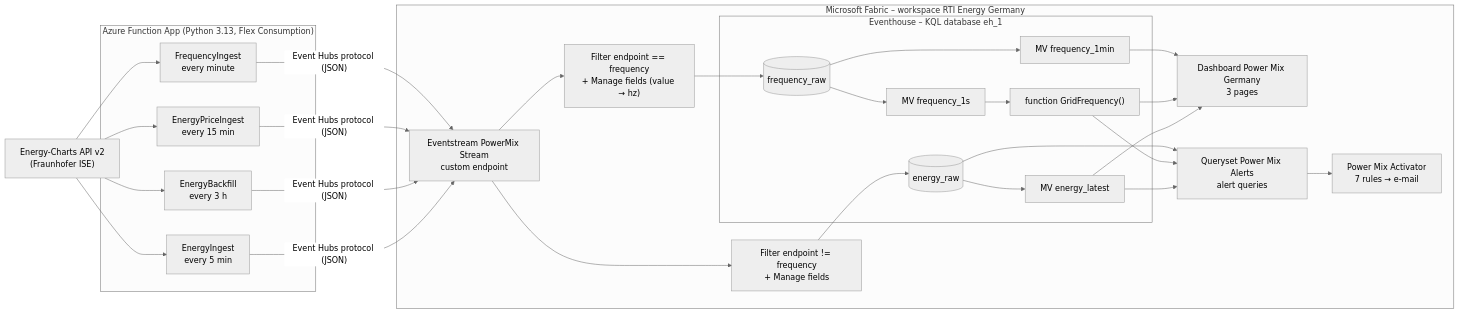
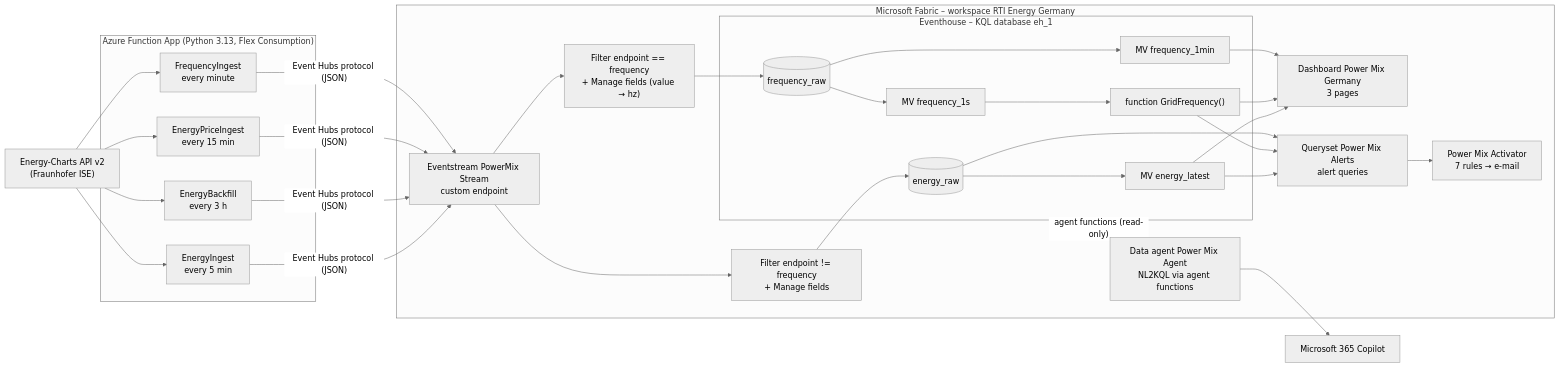
The diagram in real-time-intelligence-project-energy/Readme.md (renefuerstenberg/microsoft-fabric), drawn with Mermaid (neutral theme) before and after one commit. The commit also changed other lines of this file, not shown here.

First line of the commit message:
Enhance README with data agent and Copilot details

````diff
--- a/real-time-intelligence-project-energy/Readme.md
+++ b/real-time-intelligence-project-energy/Readme.md
@@ -63,36 +68,39 @@
 ```mermaid
 flowchart LR
     API["Energy-Charts API v2<br/>(Fraunhofer ISE)"]
 
     subgraph Azure["Azure Function App (Python 3.13, Flex Consumption)"]
         F1["EnergyIngest<br/>every 5 min"]
         F2["EnergyBackfill<br/>every 3 h"]
         F3["EnergyPriceIngest<br/>every 15 min"]
         F4["FrequencyIngest<br/>every minute"]
     end
 
     subgraph Fabric["Microsoft Fabric – workspace RTI Energy Germany"]
         ES["Eventstream PowerMix Stream<br/>custom endpoint"]
         FA["Filter endpoint != frequency<br/>+ Manage fields"]
         FB["Filter endpoint == frequency<br/>+ Manage fields (value → hz)"]
         subgraph EH["Eventhouse – KQL database eh_1"]
             T1[("energy_raw")]
             T2[("frequency_raw")]
             MV1["MV energy_latest"]
             MV2["MV frequency_1s"]
             MV3["MV frequency_1min"]
             FN["function GridFrequency()"]
         end
         DB["Dashboard Power Mix Germany<br/>3 pages"]
         QS["Queryset Power Mix Alerts<br/>alert queries"]
         ACT["Power Mix Activator<br/>7 rules → e-mail"]
+        AG["Data agent Power Mix Agent<br/>NL2KQL via agent functions"]
     end
+    COP["Microsoft 365 Copilot"]
 
     API --> F1 & F2 & F3 & F4
     F1 & F2 & F3 & F4 -- "Event Hubs protocol (JSON)" --> ES
     ES --> FA --> T1 --> MV1
     ES --> FB --> T2 --> MV2 --> FN
     T2 --> MV3
     MV1 & FN & MV3 --> DB
     MV1 & FN & T1 --> QS --> ACT
+    EH -- "agent functions (read-only)" --> AG --> COP
 ```
````
